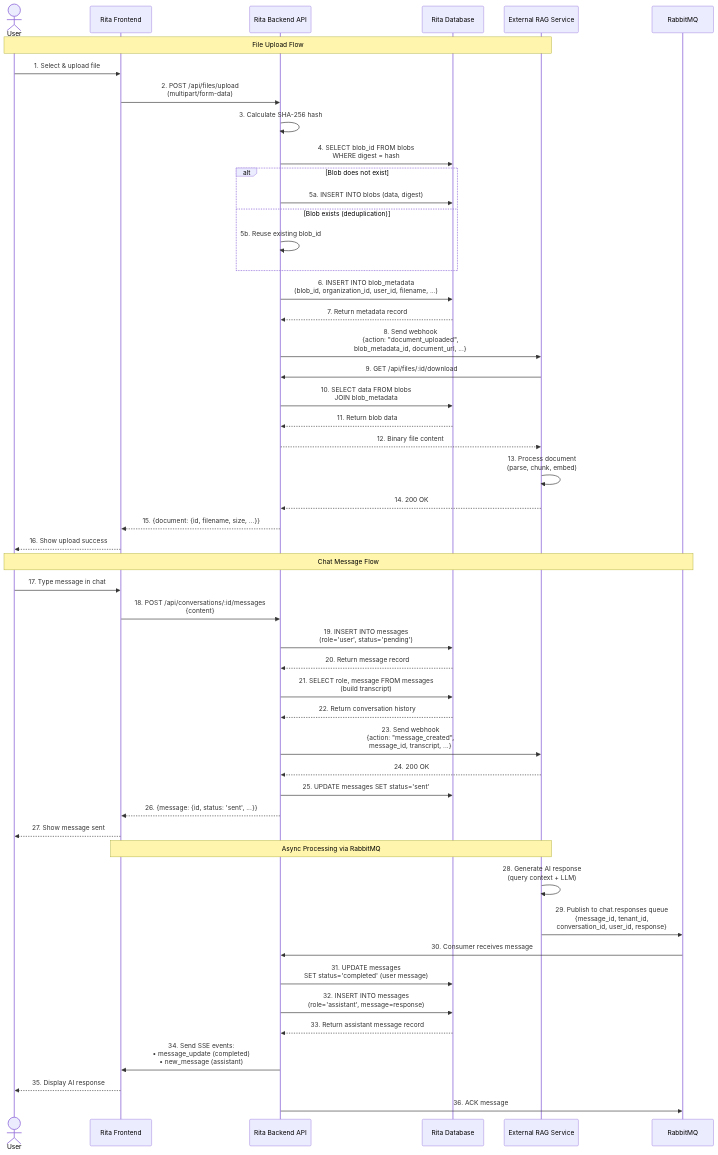
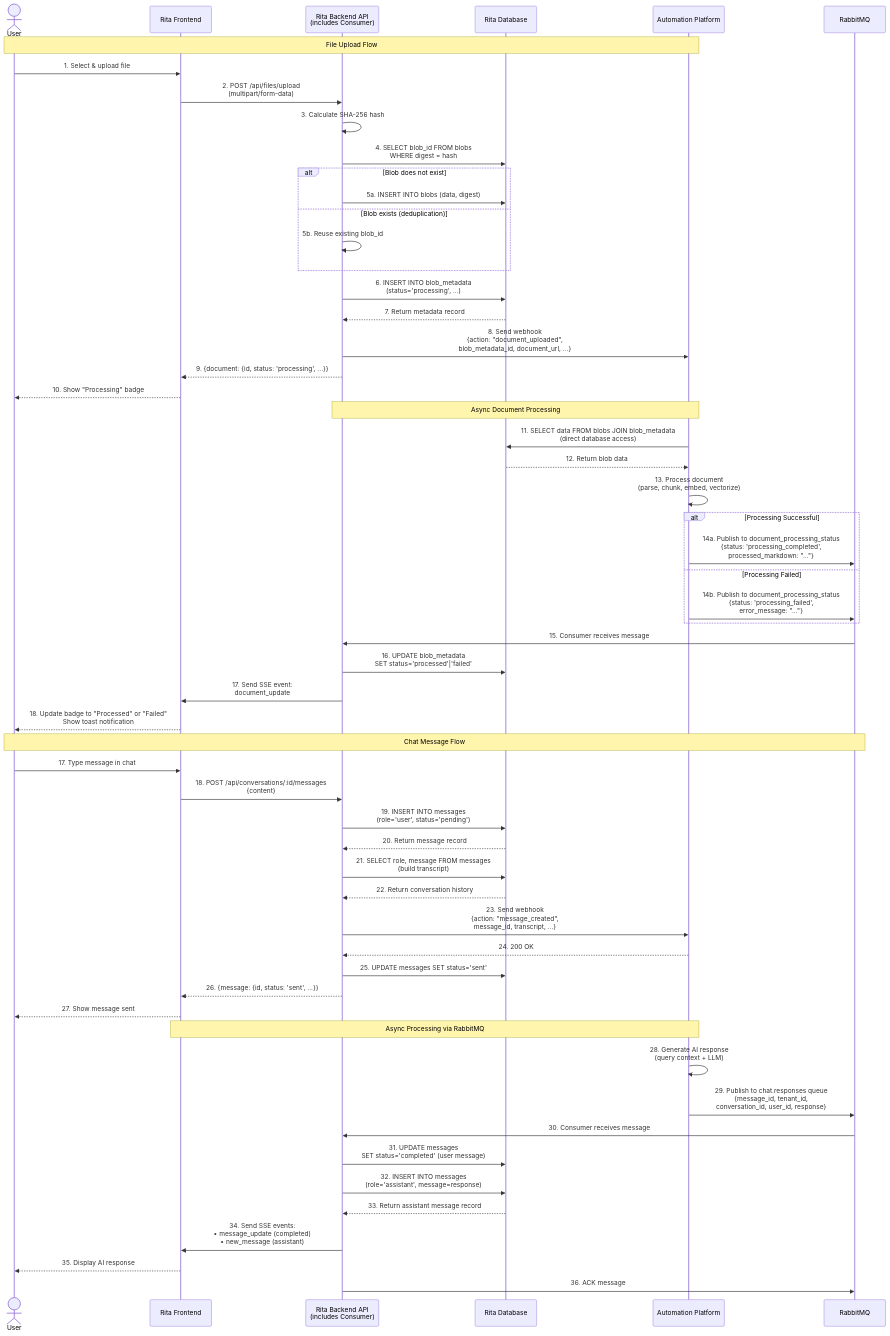
One commit to ewilhelmy-resolve/resolve-prototypes changed the diagram in docs/file-upload-system.md. Above: the diagram before and after it, drawn with Mermaid. The commit also changed other lines of this file and 18 other files, not shown here.

First line of the commit message:
feat: add real-time document processing status via RabbitMQ and SSE

```diff
--- a/docs/file-upload-system.md
+++ b/docs/file-upload-system.md
@@ -18,12 +18,12 @@
 sequenceDiagram
     actor User
     participant Frontend as Rita Frontend
-    participant API as Rita Backend API
+    participant API as Rita Backend API<br/>(includes Consumer)
     participant DB as Rita Database
-    participant RAG as External RAG Service
+    participant Automation as Automation Platform
     participant RabbitMQ
 
-    Note over User,RAG: File Upload Flow
+    Note over User,Automation: File Upload Flow
 
     User->>Frontend: 1. Select & upload file
     Frontend->>API: 2. POST /api/files/upload<br/>(multipart/form-data)
@@ -37,21 +37,32 @@
         API->>API: 5b. Reuse existing blob_id
     end
 
-    API->>DB: 6. INSERT INTO blob_metadata<br/>(blob_id, organization_id, user_id, filename, ...)
+    API->>DB: 6. INSERT INTO blob_metadata<br/>(status='processing', ...)
     DB-->>API: 7. Return metadata record
 
-    API->>RAG: 8. Send webhook<br/>{action: "document_uploaded",<br/> blob_metadata_id, document_url, ...}
+    API->>Automation: 8. Send webhook<br/>{action: "document_uploaded",<br/> blob_metadata_id, document_url, ...}
 
-    RAG->>API: 9. GET /api/files/:id/download
-    API->>DB: 10. SELECT data FROM blobs<br/>JOIN blob_metadata
-    DB-->>API: 11. Return blob data
-    API-->>RAG: 12. Binary file content
+    API-->>Frontend: 9. {document: {id, status: 'processing', ...}}
+    Frontend-->>User: 10. Show "Processing" badge
 
-    RAG->>RAG: 13. Process document<br/>(parse, chunk, embed)
-    RAG-->>API: 14. 200 OK
+    Note over Automation,API: Async Document Processing
 
-    API-->>Frontend: 15. {document: {id, filename, size, ...}}
-    Frontend-->>User: 16. Show upload success
+    Automation->>DB: 11. SELECT data FROM blobs JOIN blob_metadata<br/>(direct database access)
+    DB-->>Automation: 12. Return blob data
+
+    Automation->>Automation: 13. Process document<br/>(parse, chunk, embed, vectorize)
+
+    alt Processing Successful
+        Automation->>RabbitMQ: 14a. Publish to document_processing_status<br/>{status: 'processing_completed',<br/> processed_markdown: "..."}
+    else Processing Failed
+        Automation->>RabbitMQ: 14b. Publish to document_processing_status<br/>{status: 'processing_failed',<br/> error_message: "..."}
+    end
+
+    RabbitMQ->>API: 15. Consumer receives message
+    API->>DB: 16. UPDATE blob_metadata<br/>SET status='processed'|'failed'
+    API->>Frontend: 17. Send SSE event:<br/>document_update
+
+    Frontend-->>User: 18. Update badge to "Processed" or "Failed"<br/>Show toast notification
 
     Note over User,RabbitMQ: Chat Message Flow
 
@@ -64,18 +75,18 @@
     API->>DB: 21. SELECT role, message FROM messages<br/>(build transcript)
     DB-->>API: 22. Return conversation history
 
-    API->>RAG: 23. Send webhook<br/>{action: "message_created",<br/> message_id, transcript, ...}
-    RAG-->>API: 24. 200 OK
+    API->>Automation: 23. Send webhook<br/>{action: "message_created",<br/> message_id, transcript, ...}
+    Automation-->>API: 24. 200 OK
 
     API->>DB: 25. UPDATE messages SET status='sent'
     API-->>Frontend: 26. {message: {id, status: 'sent', ...}}
     Frontend-->>User: 27. Show message sent
 
-    Note over RAG,Frontend: Async Processing via RabbitMQ
+    Note over Automation,Frontend: Async Processing via RabbitMQ
 
-    RAG->>RAG: 28. Generate AI response<br/>(query context + LLM)
+    Automation->>Automation: 28. Generate AI response<br/>(query context + LLM)
 
-    RAG->>RabbitMQ: 29. Publish to chat.responses queue<br/>{message_id, tenant_id,<br/> conversation_id, user_id, response}
+    Automation->>RabbitMQ: 29. Publish to chat.responses queue<br/>{message_id, tenant_id,<br/> conversation_id, user_id, response}
 
     RabbitMQ->>API: 30. Consumer receives message
 
```
